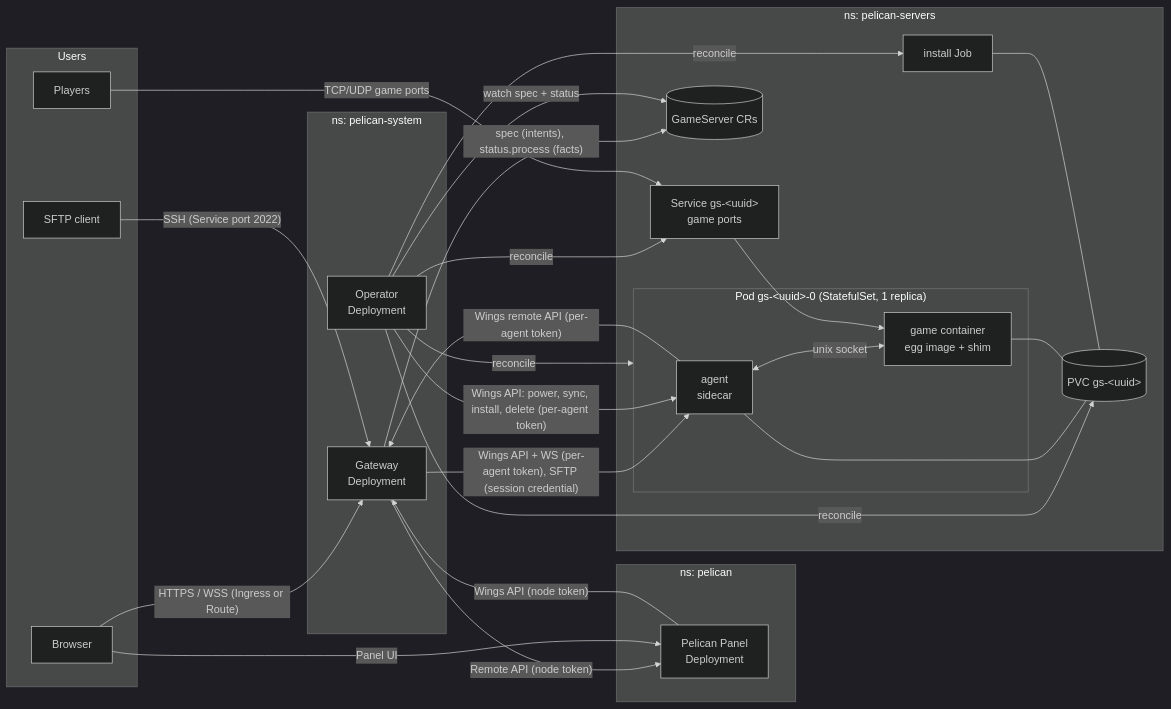
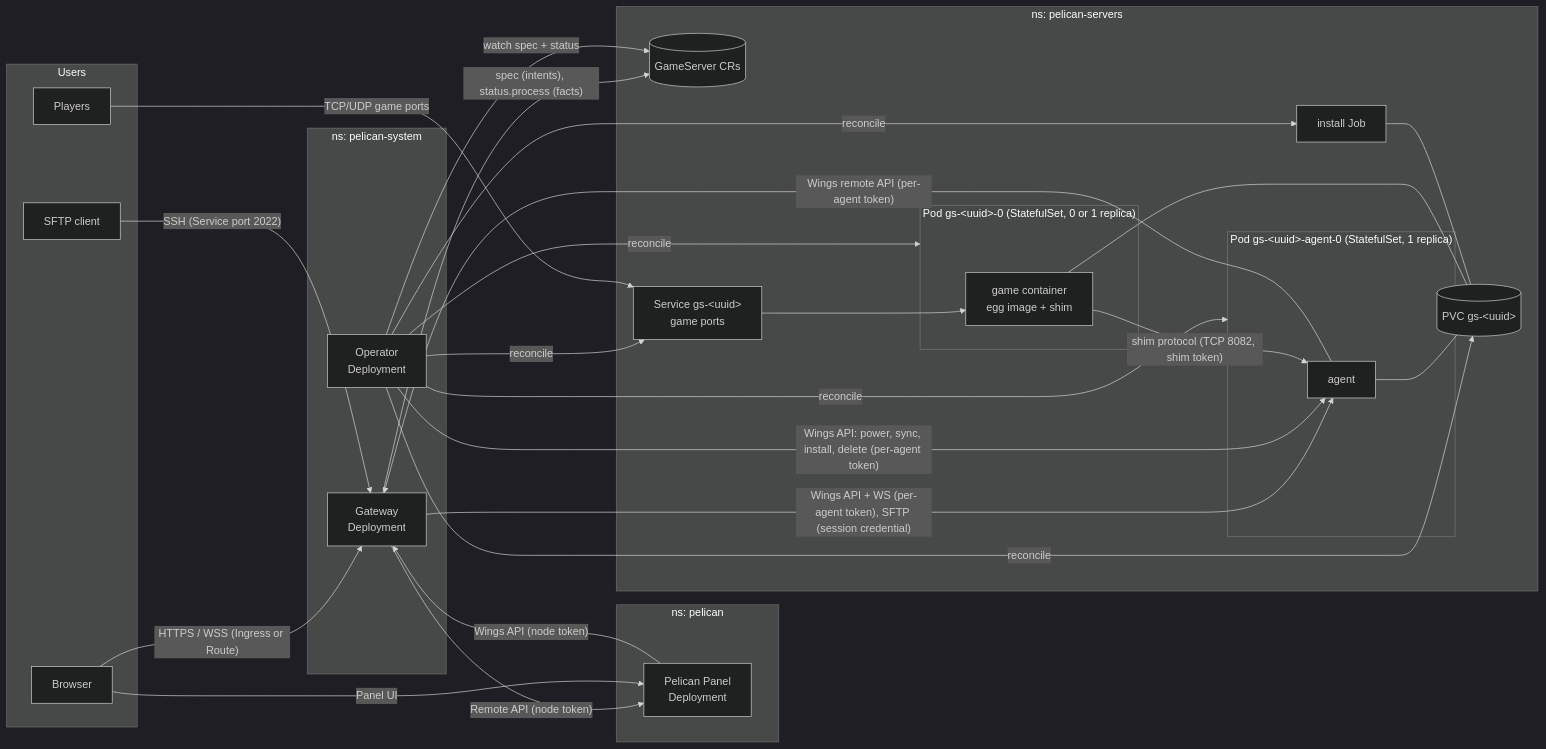
Before and after one commit to Claiyc/pelican-k8s: the first of 5 diagrams in ARCHITECTURE.md, drawn with Mermaid (dark theme). The commit also changed other lines of this file, not shown here.

Commit message:
docs: describe the agent and the game as separate pods (overview, gateway, agent, shim)

````diff
--- a/ARCHITECTURE.md
+++ b/ARCHITECTURE.md
@@ -74,47 +78,49 @@
 ```mermaid
 flowchart LR
   subgraph Users
     B[Browser]
     S[SFTP client]
     P[Players]
   end
 
   subgraph ns-panel["ns: pelican"]
     PANEL[Pelican Panel<br/>Deployment]
   end
 
   subgraph ns-system["ns: pelican-system"]
     GW[Gateway<br/>Deployment]
     OP[Operator<br/>Deployment]
   end
 
   subgraph ns-servers["ns: pelican-servers"]
     CR[(GameServer CRs)]
-    subgraph POD["Pod gs-&lt;uuid&gt;-0 (StatefulSet, 1 replica)"]
-      AG[agent<br/>sidecar]
+    subgraph APOD["Pod gs-&lt;uuid&gt;-agent-0 (StatefulSet, 1 replica)"]
+      AG[agent]
+    end
+    subgraph GPOD["Pod gs-&lt;uuid&gt;-0 (StatefulSet, 0 or 1 replica)"]
       GM[game container<br/>egg image + shim]
     end
     PVC[(PVC gs-&lt;uuid&gt;)]
     SVC[Service gs-&lt;uuid&gt;<br/>game ports]
     JOB[install Job]
   end
 
   B -- "HTTPS / WSS (Ingress or Route)" --> GW
   S -- "SSH (Service port 2022)" --> GW
   PANEL -- "Wings API (node token)" --> GW
   GW -- "Remote API (node token)" --> PANEL
   B -- "Panel UI" --> PANEL
 
   GW -- "Wings API + WS (per-agent token), SFTP (session credential)" --> AG
   AG -- "Wings remote API (per-agent token)" --> GW
   OP -- "Wings API: power, sync, install, delete (per-agent token)" --> AG
   GW -- "spec (intents), status.process (facts)" --> CR
   OP -- "watch spec + status" --> CR
-  OP -- "reconcile" --> POD & PVC & SVC & JOB
+  OP -- "reconcile" --> APOD & GPOD & PVC & SVC & JOB
 
-  AG <-- "unix socket" --> GM
+  GM -- "shim protocol (TCP 8082, shim token)" --> AG
   AG --- PVC
   GM --- PVC
   JOB --- PVC
   P -- "TCP/UDP game ports" --> SVC --> GM
 ```
````
